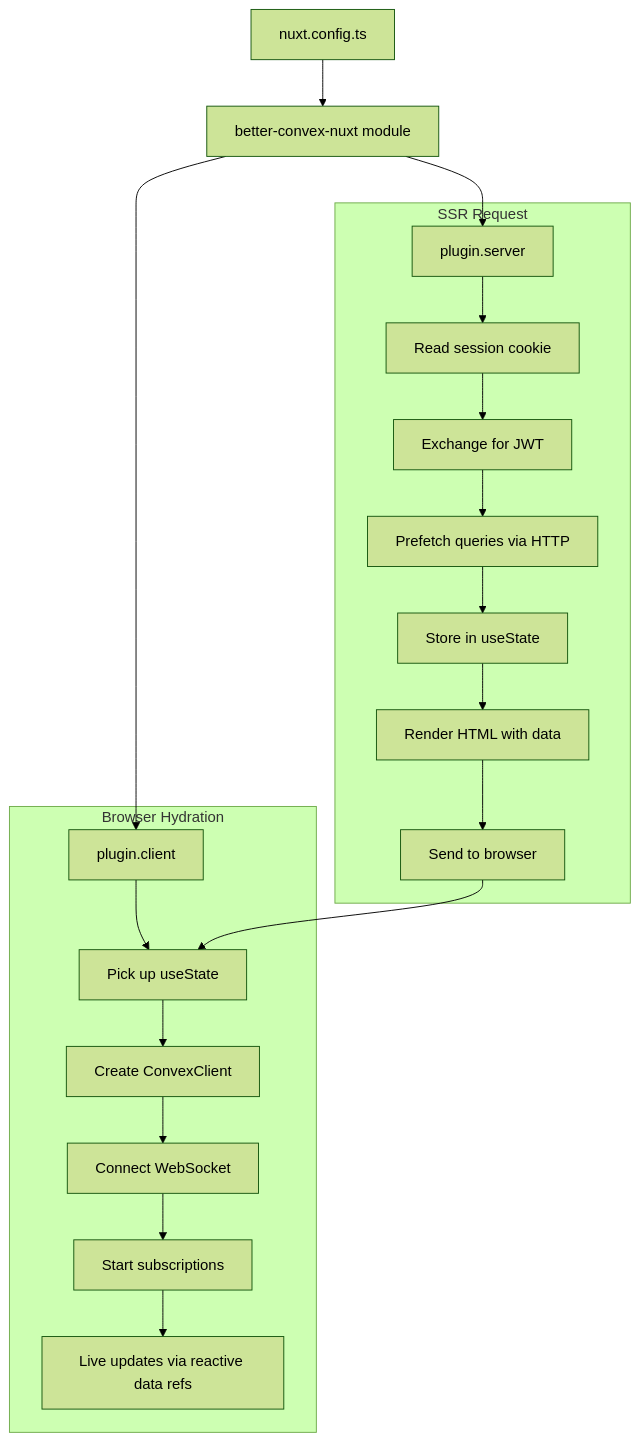
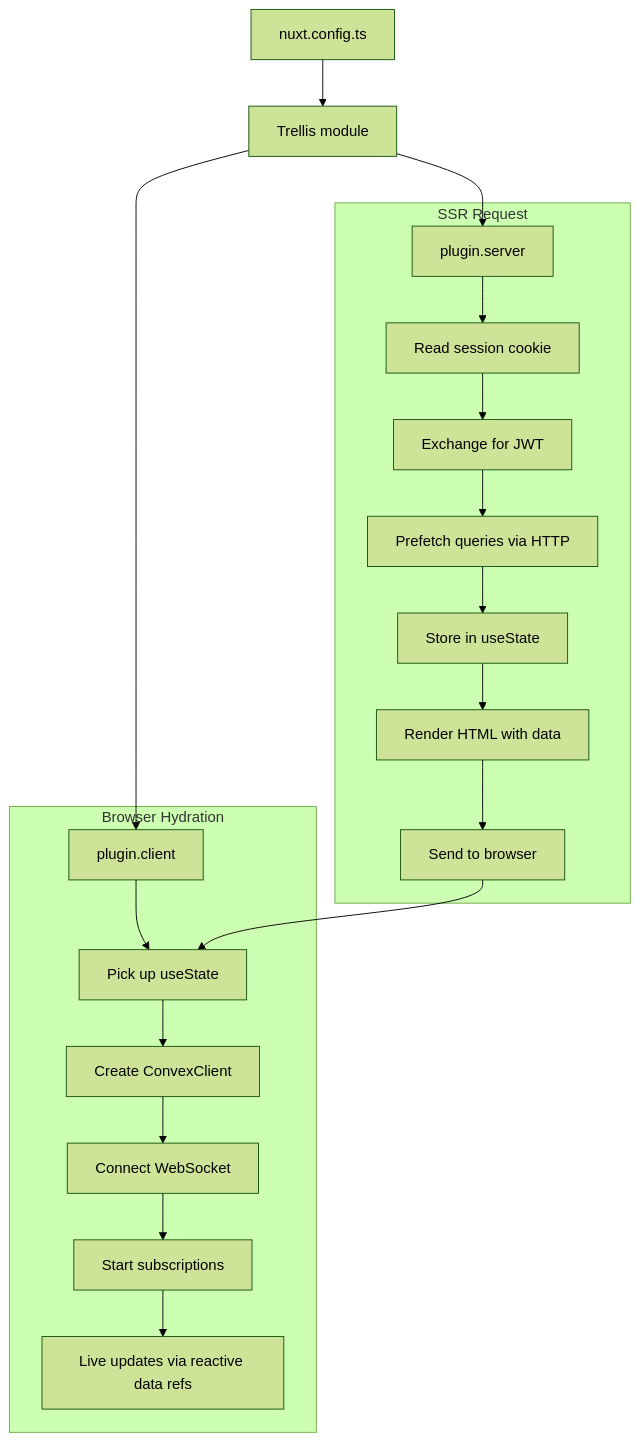
The third of 4 diagrams in docs/content/docs/1.guide/3.how-it-works.md (lupinum-dev/better-convex-nuxt), drawn with Mermaid (forest theme) before and after one commit. The commit also changed other lines of this file and 319 other files, not shown here.

````diff
--- a/docs/content/docs/1.guide/3.how-it-works.md
+++ b/docs/content/docs/1.guide/3.how-it-works.md
@@ -181,25 +181,25 @@
 ```mermaid
 flowchart TD
-    Config[nuxt.config.ts] --> Module[better-convex-nuxt module]
+    Config[nuxt.config.ts] --> Module[Trellis module]
     Module --> Server[plugin.server]
     Module --> Client[plugin.client]
 
     subgraph SSR ["SSR Request"]
         Server --> ReadCookie[Read session cookie]
         ReadCookie --> ExchangeJWT[Exchange for JWT]
         ExchangeJWT --> Prefetch[Prefetch queries via HTTP]
         Prefetch --> Store[Store in useState]
         Store --> Render[Render HTML with data]
         Render --> Send[Send to browser]
     end
 
     subgraph Browser ["Browser Hydration"]
         Client --> Pickup[Pick up useState]
         Pickup --> CreateClient[Create ConvexClient]
         CreateClient --> ConnectWS[Connect WebSocket]
         ConnectWS --> Subscribe[Start subscriptions]
         Subscribe --> Live[Live updates via reactive data refs]
     end
 
     Send --> Pickup
 ```
````
